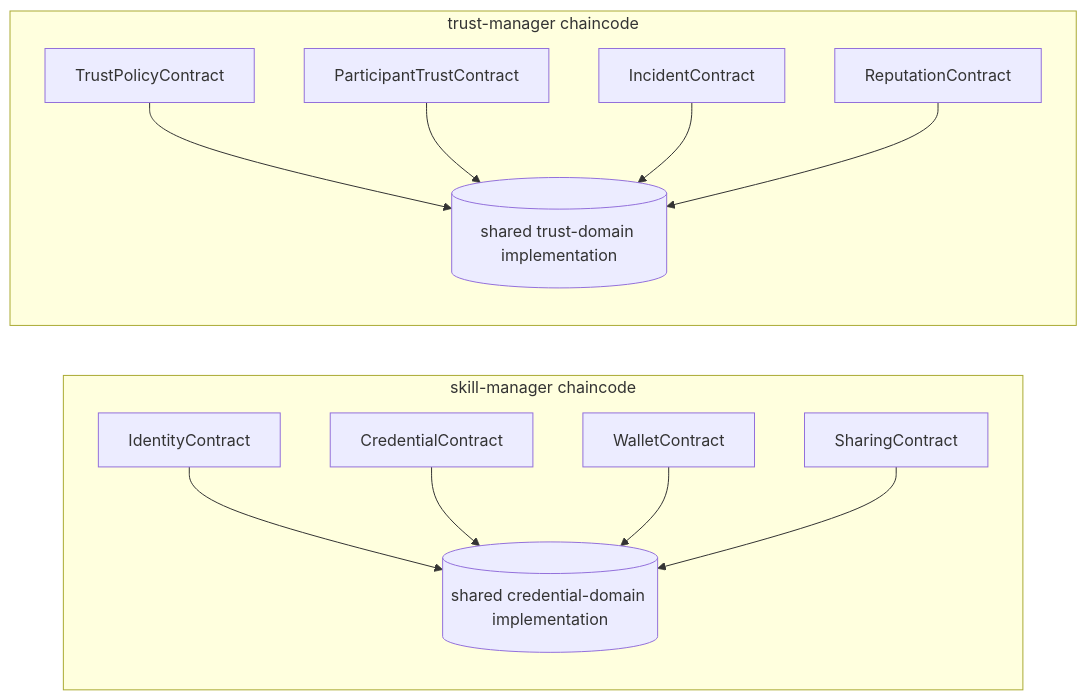
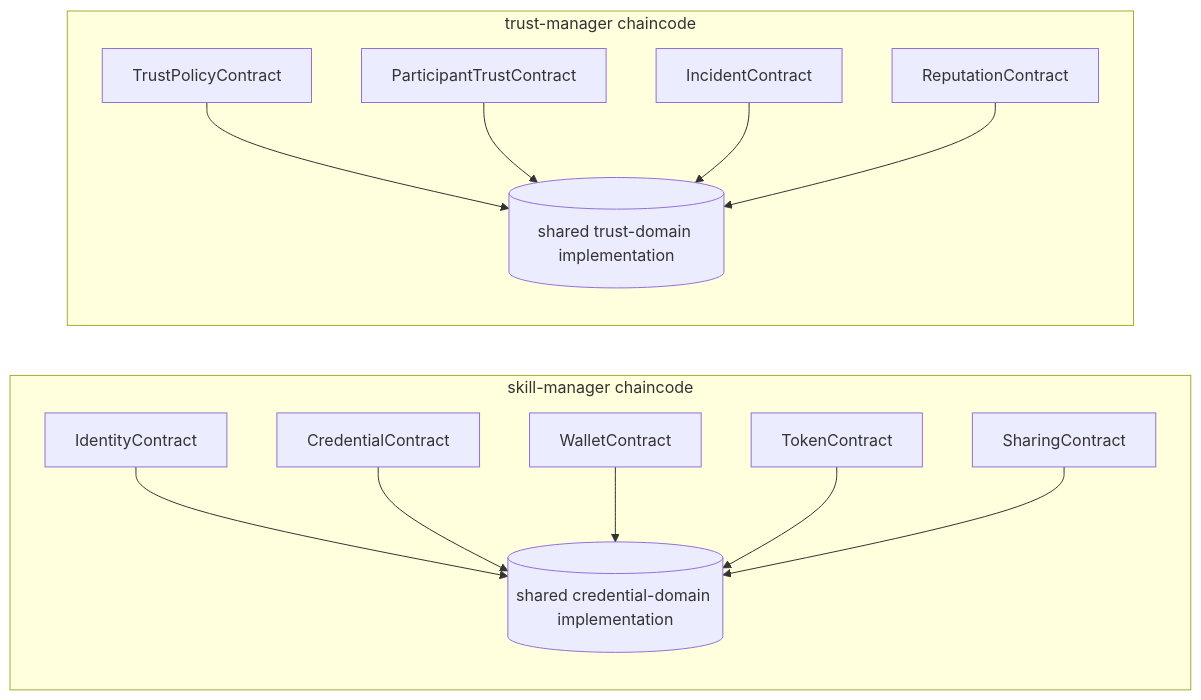
Before and after one commit to dev-sekhar/SynapseNet: the first of 2 diagrams in docs/chaincode.md, drawn with Mermaid. The commit also changed other lines of this file and 34 other files, not shown here.

````diff
--- a/docs/chaincode.md
+++ b/docs/chaincode.md
@@ -36,26 +36,28 @@
 ```mermaid
 flowchart LR
     subgraph CredentialChaincode[skill-manager chaincode]
         Identity[IdentityContract]
         Credential[CredentialContract]
         Wallet[WalletContract]
+        Token[TokenContract]
         Sharing[SharingContract]
         CredentialDomain[(shared credential-domain implementation)]
         Identity --> CredentialDomain
         Credential --> CredentialDomain
         Wallet --> CredentialDomain
+        Token --> CredentialDomain
         Sharing --> CredentialDomain
     end
 
     subgraph TrustChaincode[trust-manager chaincode]
         Policy[TrustPolicyContract]
         Participant[ParticipantTrustContract]
         Incident[IncidentContract]
         Reputation[ReputationContract]
         TrustDomain[(shared trust-domain implementation)]
         Policy --> TrustDomain
         Participant --> TrustDomain
         Incident --> TrustDomain
         Reputation --> TrustDomain
     end
 ```
````
